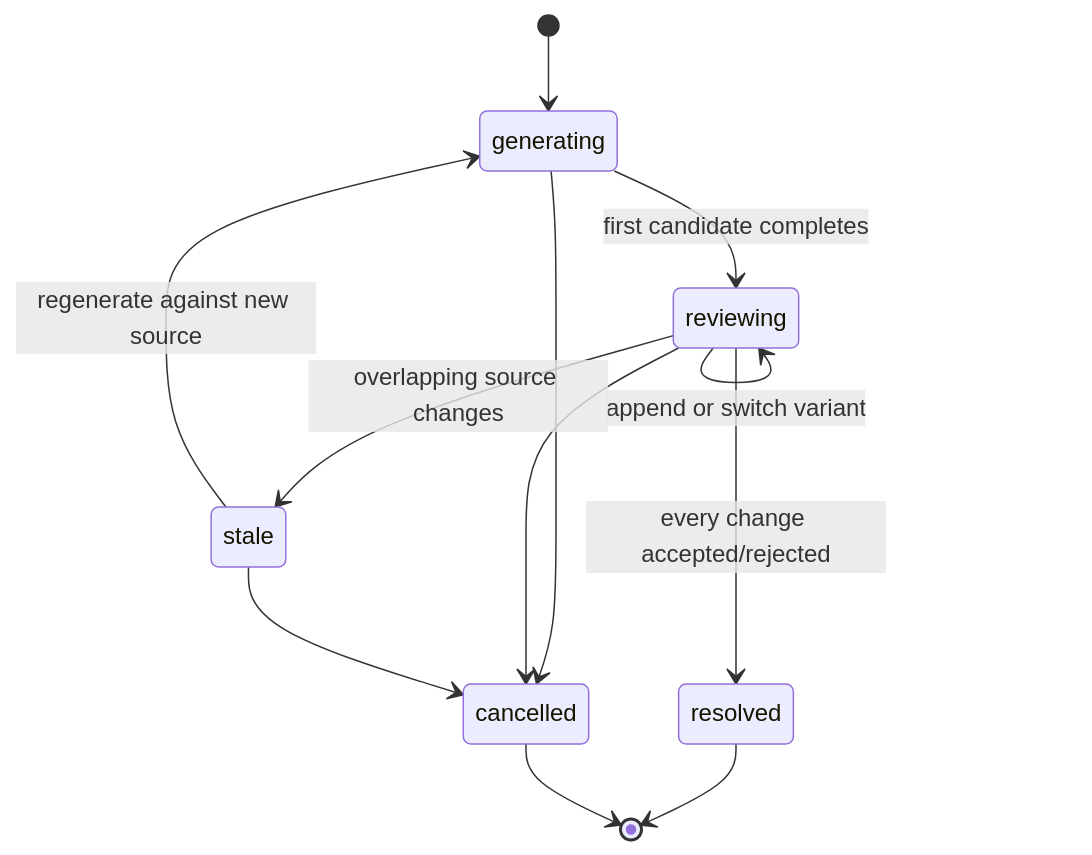
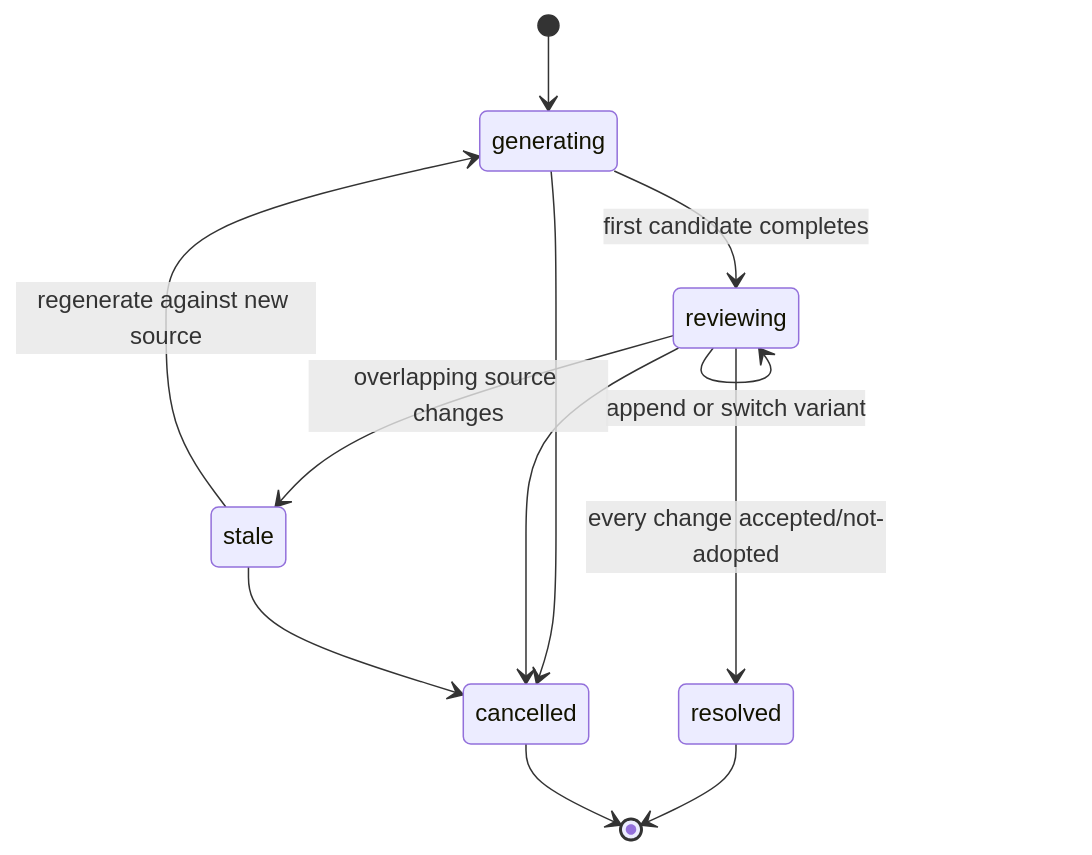
Before and after one commit to highestpeak/obsidian-peak-assistant: the third of 3 diagrams in docs/superpowers/specs/2026-07-24-peak-composer-ai-capability-modularity-architecture.md, drawn with Mermaid. The commit also changed other lines of this file and 167 other files, not shown here.

Commit message:
feat: advance Peak Composer and AI architecture

````diff
--- a/docs/superpowers/specs/2026-07-24-peak-composer-ai-capability-modularity-architecture.md
+++ b/docs/superpowers/specs/2026-07-24-peak-composer-ai-capability-modularity-architecture.md
@@ -644,14 +657,14 @@
 ```mermaid
 stateDiagram-v2
     [*] --> generating
     generating --> reviewing: first candidate completes
     generating --> cancelled
     reviewing --> reviewing: append or switch variant
-    reviewing --> resolved: every change accepted/rejected
+    reviewing --> resolved: every change accepted/not-adopted
     reviewing --> cancelled
     reviewing --> stale: overlapping source changes
     stale --> generating: regenerate against new source
     stale --> cancelled
     resolved --> [*]
     cancelled --> [*]
 ```
````
